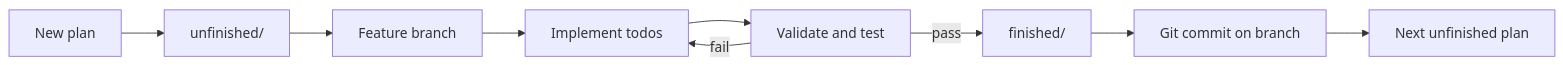
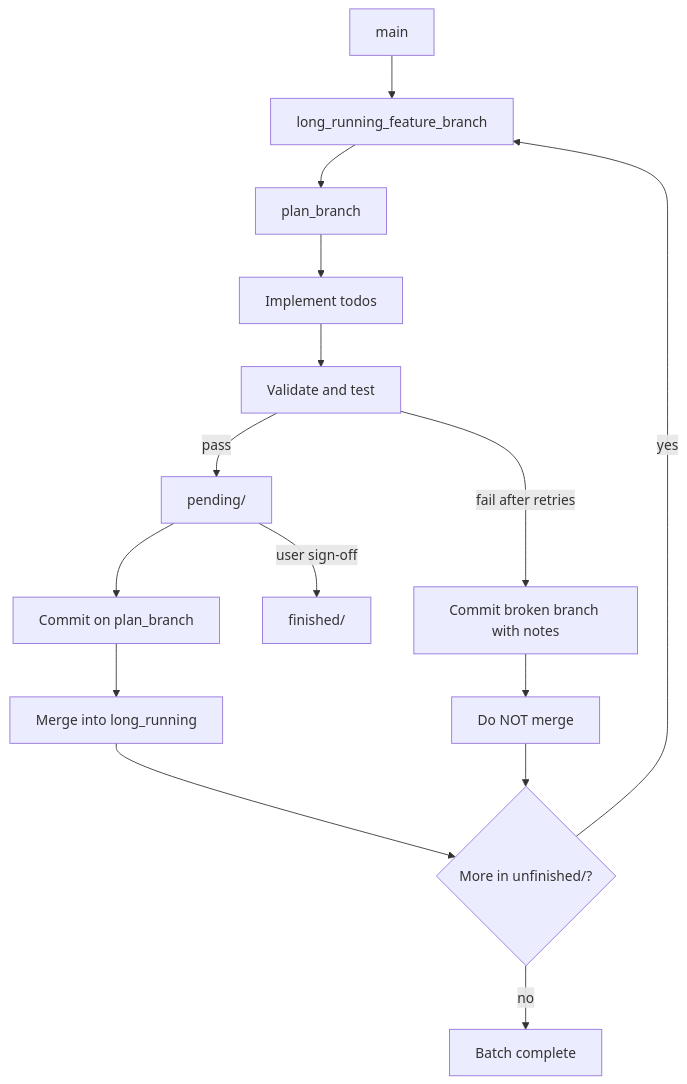
Before and after one commit to scottcapista/mongo-examples: the diagram in MongoMCP/docs/plans/README.md, drawn with Mermaid. The commit also changed other lines of this file and 2 other files, not shown here.

Commit message:
Refine plan workflow with pending review stage and batch branching.
Document long-running batch branches, per-plan merges, and a pending/ folder for validated work awaiting sign-off before moving to finished/.

````diff
--- a/MongoMCP/docs/plans/README.md
+++ b/MongoMCP/docs/plans/README.md
@@ -19,11 +20,17 @@
 ```mermaid
-flowchart LR
-  New[New plan] --> Unfinished[unfinished/]
-  Unfinished --> Branch[Feature branch]
-  Branch --> Implement[Implement todos]
+flowchart TD
+  Main[main] --> LongBranch[long_running_feature_branch]
+  LongBranch --> PlanBranch[plan_branch]
+  PlanBranch --> Implement[Implement todos]
   Implement --> Validate[Validate and test]
-  Validate -->|pass| Finished[finished/]
-  Validate -->|fail| Implement
-  Finished --> Commit[Git commit on branch]
-  Commit --> Next[Next unfinished plan]
+  Validate -->|pass| Pending[pending/]
+  Pending --> CommitPlan[Commit on plan_branch]
+  CommitPlan --> Merge[Merge into long_running]
+  Merge --> NextPlan{More in unfinished/?}
+  Validate -->|fail after retries| CommitBroken[Commit broken branch with notes]
+  CommitBroken --> NoMerge[Do NOT merge]
+  NoMerge --> NextPlan
+  NextPlan -->|yes| LongBranch
+  NextPlan -->|no| Done[Batch complete]
+  Pending -->|user sign-off| Finished[finished/]
 ```
````
